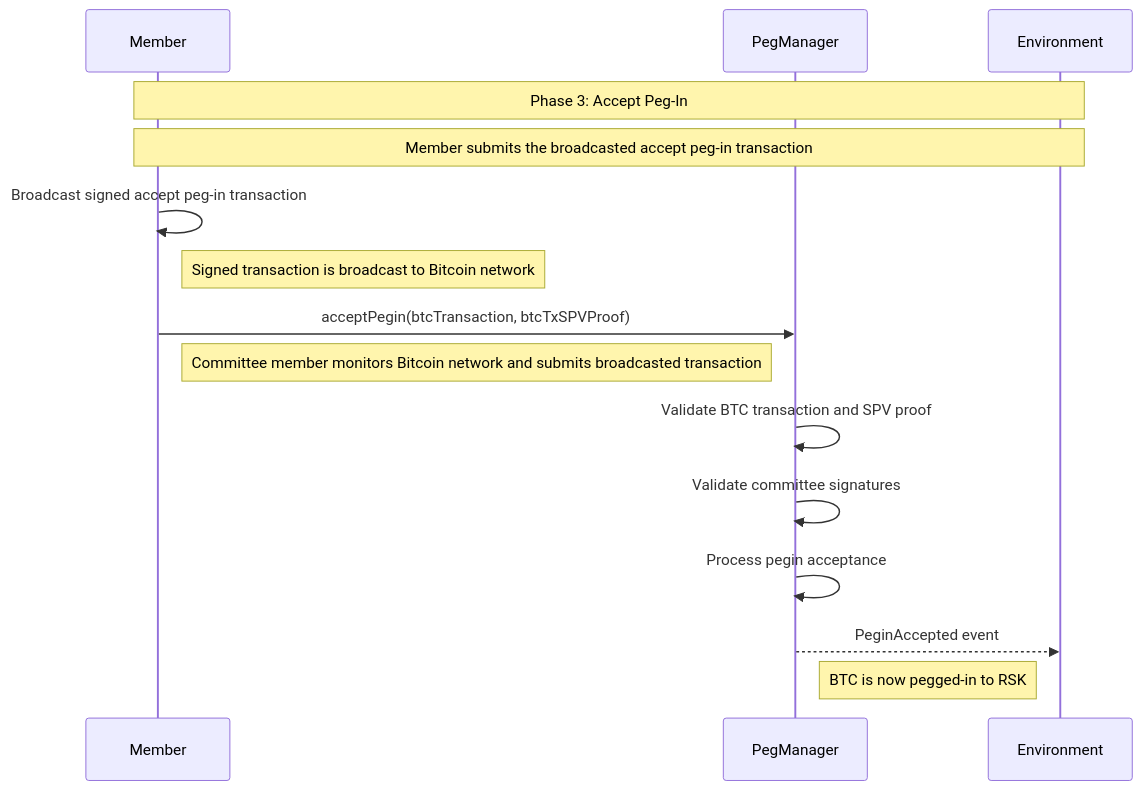
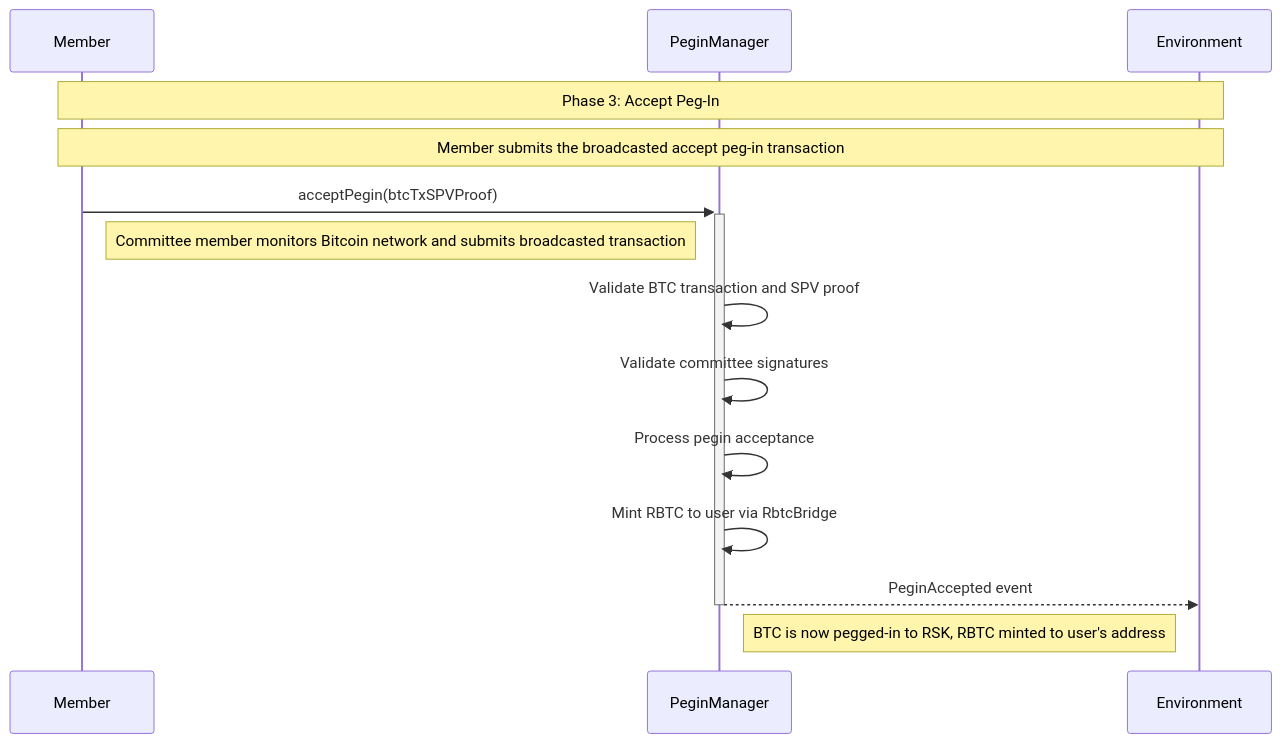
One commit to rsksmart/union-bridge-contracts changed the seventh of 12 diagrams in docs/src/README.md. Above: the diagram before and after it, drawn with Mermaid. The commit also changed other lines of this file and 95 other files, not shown here.

````diff
--- a/docs/src/README.md
+++ b/docs/src/README.md
@@ -241,20 +523,18 @@
 ```mermaid
 sequenceDiagram
     participant M as Member
-    participant PM as PegManager
+    participant PIM as PeginManager
     participant ENV as Environment
 
     Note over M,ENV: Phase 3: Accept Peg-In
     Note over M,ENV: Member submits the broadcasted accept peg-in transaction
 
-    M->>M: Broadcast signed accept peg-in transaction
-    Note right of M: Signed transaction is broadcast to Bitcoin network
-
-    M->>PM: acceptPegin(btcTransaction, btcTxSPVProof)
+    M->>+PIM: acceptPegin(btcTxSPVProof)
     Note right of M: Committee member monitors Bitcoin network and submits broadcasted transaction
-    PM->>PM: Validate BTC transaction and SPV proof
-    PM->>PM: Validate committee signatures
-    PM->>PM: Process pegin acceptance
-    PM-->>ENV: PeginAccepted event
-    Note right of PM: BTC is now pegged-in to RSK
+    PIM->>PIM: Validate BTC transaction and SPV proof
+    PIM->>PIM: Validate committee signatures
+    PIM->>PIM: Process pegin acceptance
+    PIM->>PIM: Mint RBTC to user via RbtcBridge
+    PIM-->>-ENV: PeginAccepted event
+    Note right of PIM: BTC is now pegged-in to RSK, RBTC minted to user's address
 ```
````
